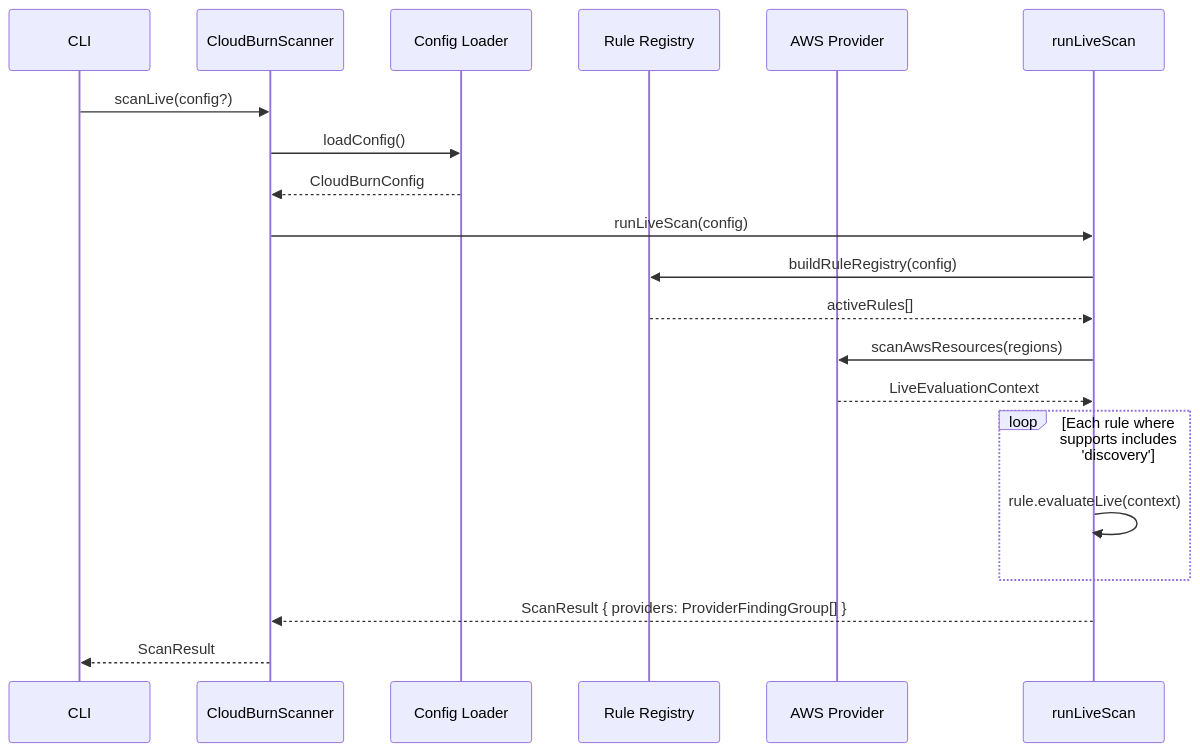
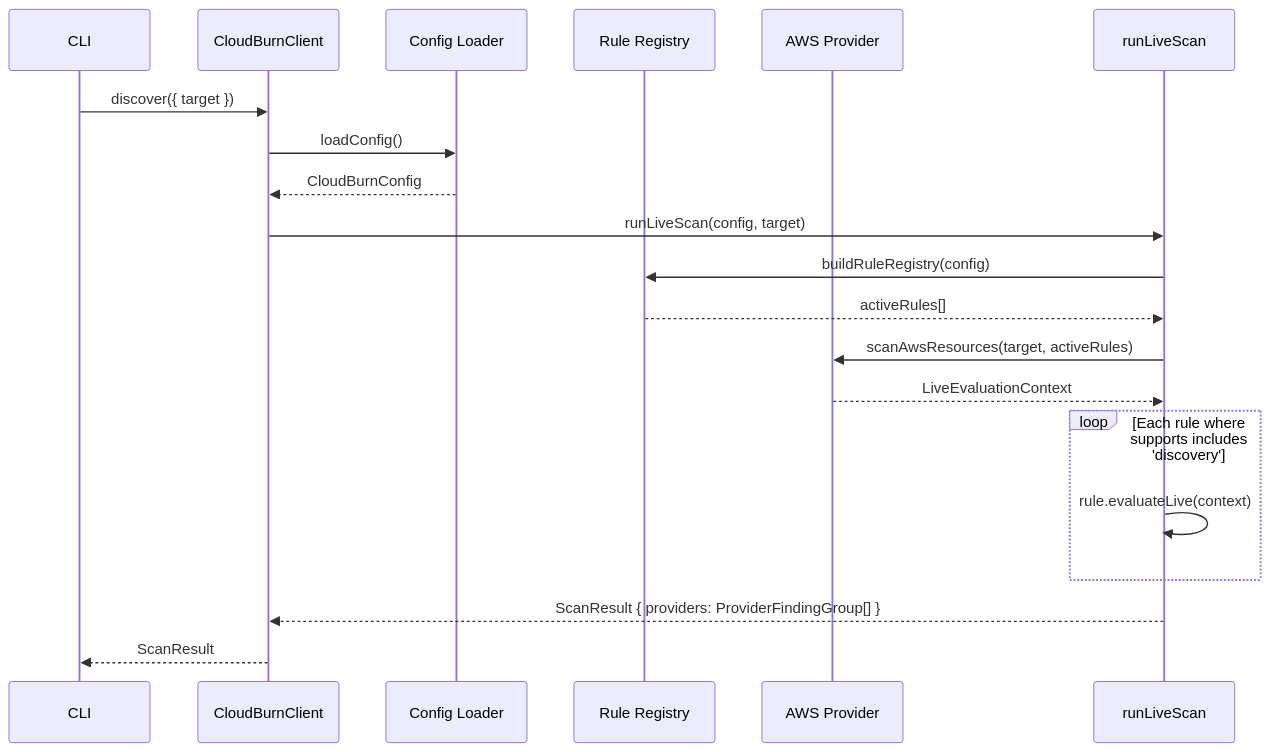
One commit to towardsthecloud/cloudburn changed the third of 3 diagrams in docs/ARCHITECTURE.md. Above: the diagram before and after it, drawn with Mermaid. The commit also changed other lines of this file and 59 other files, not shown here.

First line of the commit message:
feat(cli): route live discovery through AWS Resource Explorer (#24)

````diff
--- a/docs/ARCHITECTURE.md
+++ b/docs/ARCHITECTURE.md
@@ -46,23 +46,23 @@
 ```mermaid
 sequenceDiagram
   participant CLI
-  participant Scanner as CloudBurnScanner
+  participant Scanner as CloudBurnClient
   participant Config as Config Loader
   participant Registry as Rule Registry
   participant AWS as AWS Provider
   participant Engine as runLiveScan
 
-  CLI->>Scanner: scanLive(config?)
+  CLI->>Scanner: discover({ target })
   Scanner->>Config: loadConfig()
   Config-->>Scanner: CloudBurnConfig
-  Scanner->>Engine: runLiveScan(config)
+  Scanner->>Engine: runLiveScan(config, target)
   Engine->>Registry: buildRuleRegistry(config)
   Registry-->>Engine: activeRules[]
-  Engine->>AWS: scanAwsResources(regions)
+  Engine->>AWS: scanAwsResources(target, activeRules)
   AWS-->>Engine: LiveEvaluationContext
   loop Each rule where supports includes 'discovery'
     Engine->>Engine: rule.evaluateLive(context)
   end
   Engine-->>Scanner: ScanResult { providers: ProviderFindingGroup[] }
   Scanner-->>CLI: ScanResult
 ```
````
